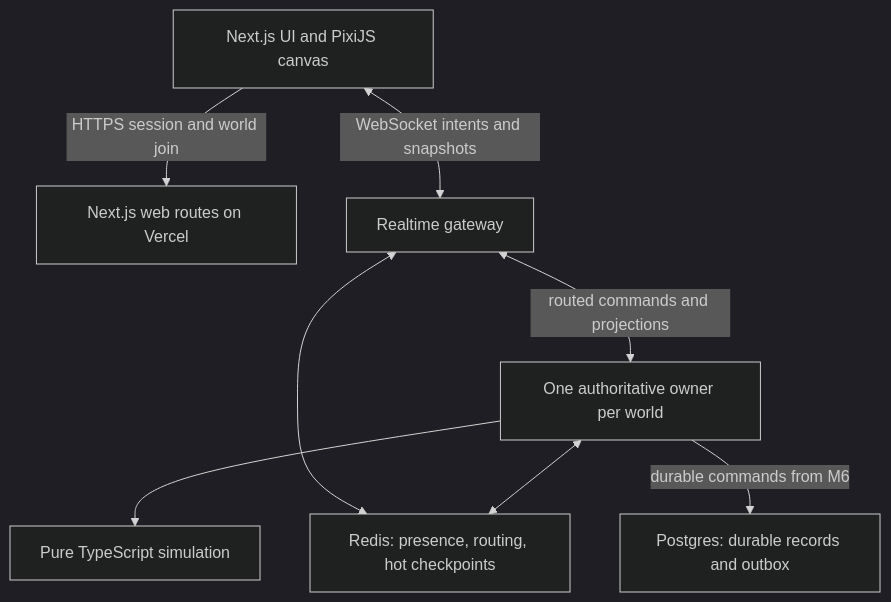
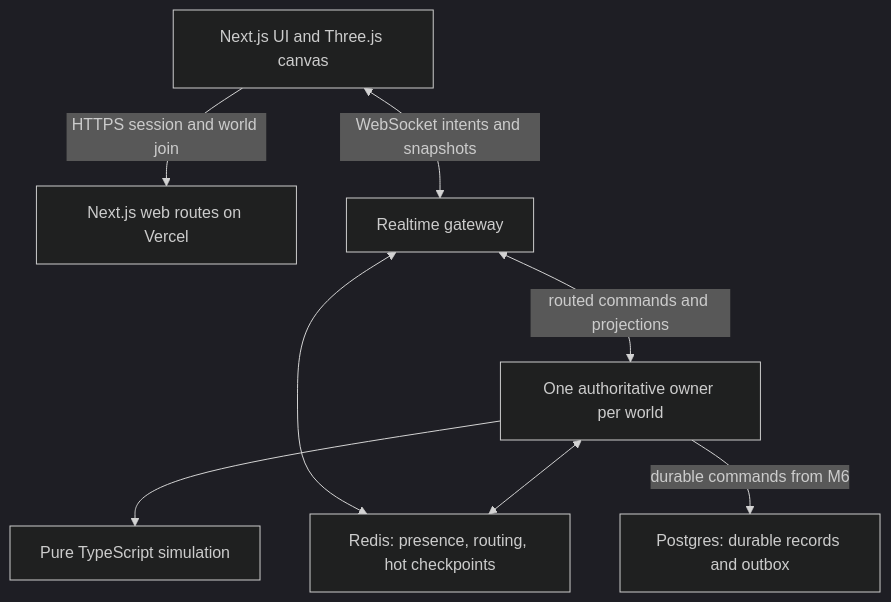
Before and after one commit to elishaterada/astraworld: the diagram in docs/ARCHITECTURE.md, drawn with Mermaid (dark theme). The commit also changed other lines of this file and 53 other files, not shown here.

````diff
--- a/docs/ARCHITECTURE.md
+++ b/docs/ARCHITECTURE.md
@@ -11,10 +11,10 @@
 ```mermaid
 flowchart TD
-  Browser[Next.js UI and PixiJS canvas] -->|HTTPS session and world join| Web[Next.js web routes on Vercel]
+  Browser[Next.js UI and Three.js canvas] -->|HTTPS session and world join| Web[Next.js web routes on Vercel]
   Browser <-->|WebSocket intents and snapshots| Gateway[Realtime gateway]
   Gateway <-->|routed commands and projections| Runner[One authoritative owner per world]
   Runner --> Sim[Pure TypeScript simulation]
   Gateway <--> Redis[Redis: presence, routing, hot checkpoints]
   Runner <--> Redis
   Runner -->|durable commands from M6| PG[Postgres: durable records and outbox]
 ```
````
